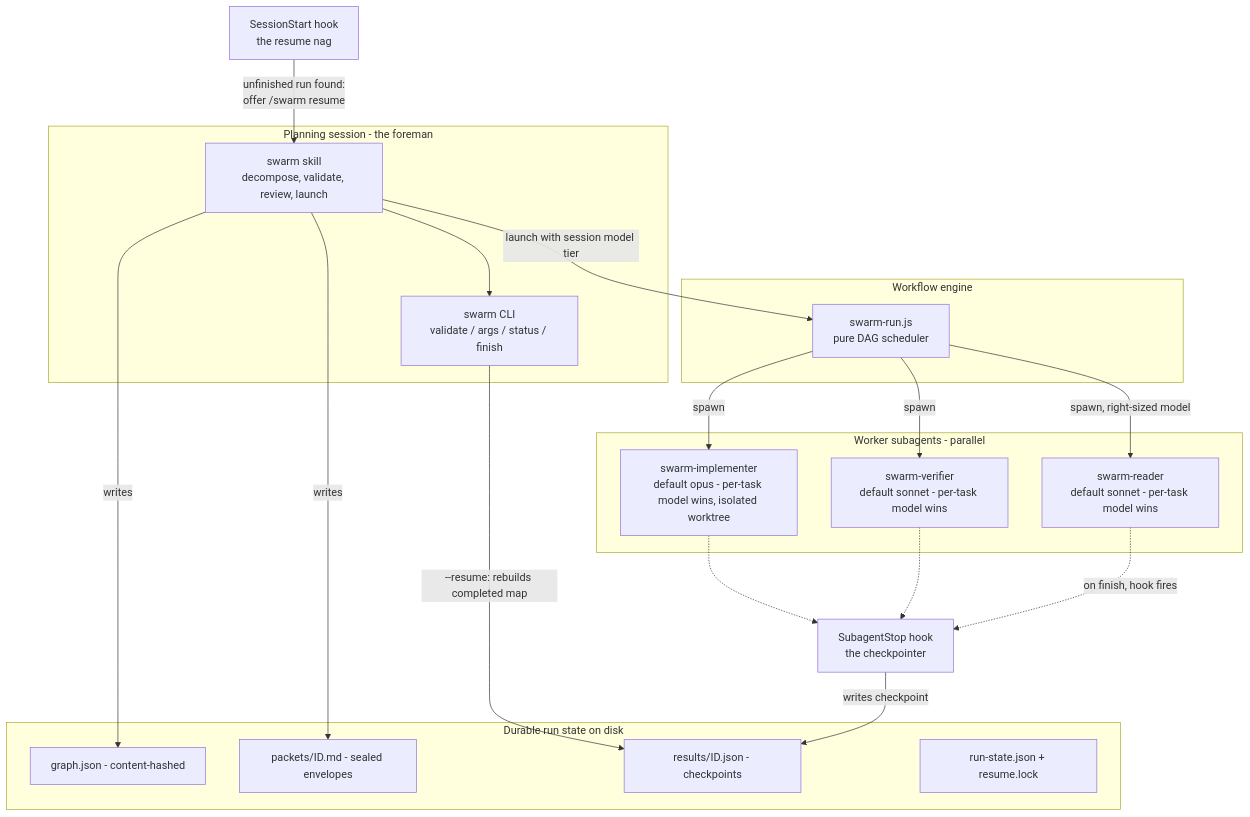
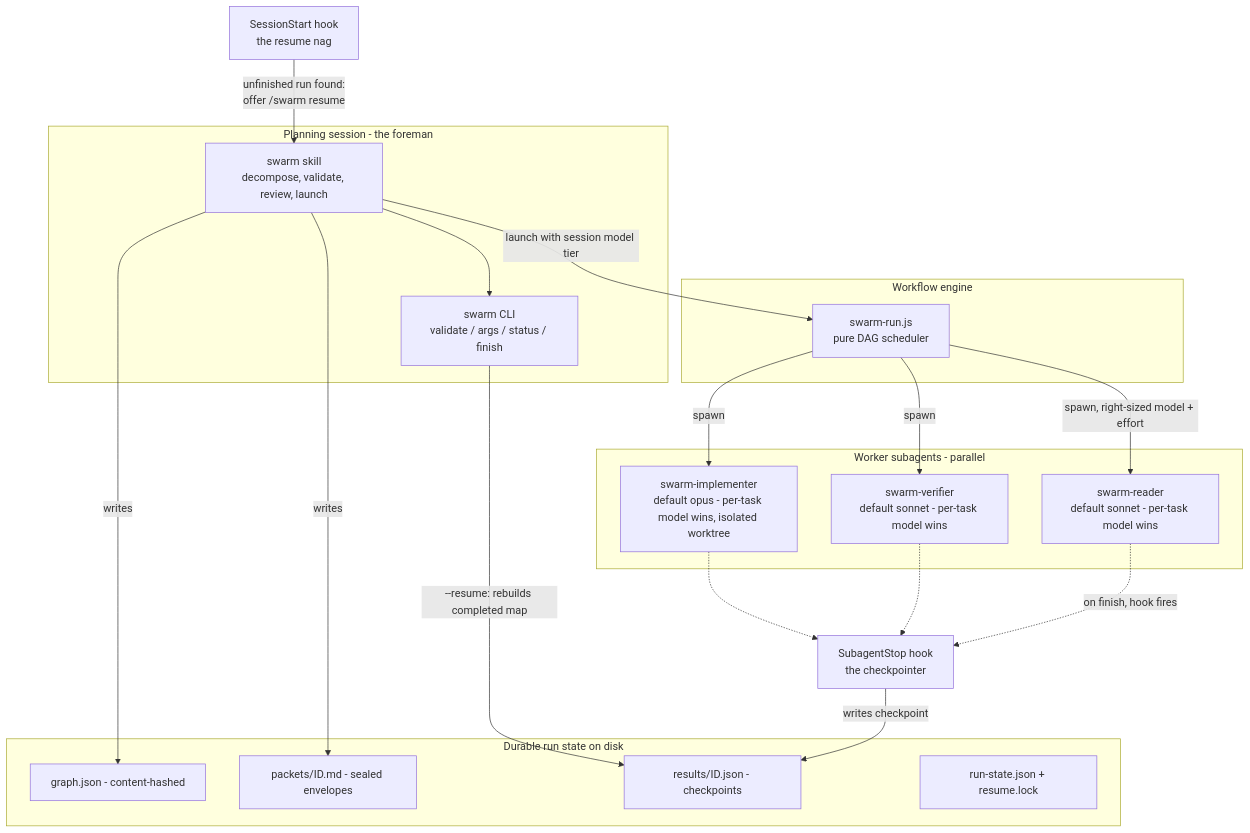
Before and after one commit to varmabudharaju/swarm: the sixth of 8 diagrams in README.md, drawn with Mermaid. The commit also changed other lines of this file, not shown here.

````diff
--- a/README.md
+++ b/README.md
@@ -201,36 +302,36 @@
 ```mermaid
 flowchart TB
     subgraph foreman ["Planning session - the foreman"]
         SK["swarm skill<br/>decompose, validate, review, launch"]
         CLI2["swarm CLI<br/>validate / args / status / finish"]
     end
     subgraph engine ["Workflow engine"]
         WF["swarm-run.js<br/>pure DAG scheduler"]
     end
     subgraph team ["Worker subagents - parallel"]
         W1["swarm-reader<br/>default sonnet - per-task model wins"]
         W2["swarm-verifier<br/>default sonnet - per-task model wins"]
         W3["swarm-implementer<br/>default opus - per-task model wins, isolated worktree"]
     end
     subgraph rundir ["Durable run state on disk"]
         GJ["graph.json - content-hashed"]
         PK["packets/ID.md - sealed envelopes"]
         RS["results/ID.json - checkpoints"]
         LK["run-state.json + resume.lock"]
     end
     HK["SubagentStop hook<br/>the checkpointer"]
     NAG["SessionStart hook<br/>the resume nag"]
     SK --> CLI2
     SK -->|"writes"| GJ
     SK -->|"writes"| PK
     SK -->|"launch with session model tier"| WF
-    WF -->|"spawn, right-sized model"| W1
+    WF -->|"spawn, right-sized model + effort"| W1
     WF -->|"spawn"| W2
     WF -->|"spawn"| W3
     W1 -.->|"on finish, hook fires"| HK
     W2 -.-> HK
     W3 -.-> HK
     HK -->|"writes checkpoint"| RS
     NAG -->|"unfinished run found:<br/>offer /swarm resume"| SK
     CLI2 -->|"--resume: rebuilds completed map"| RS
 ```
````
